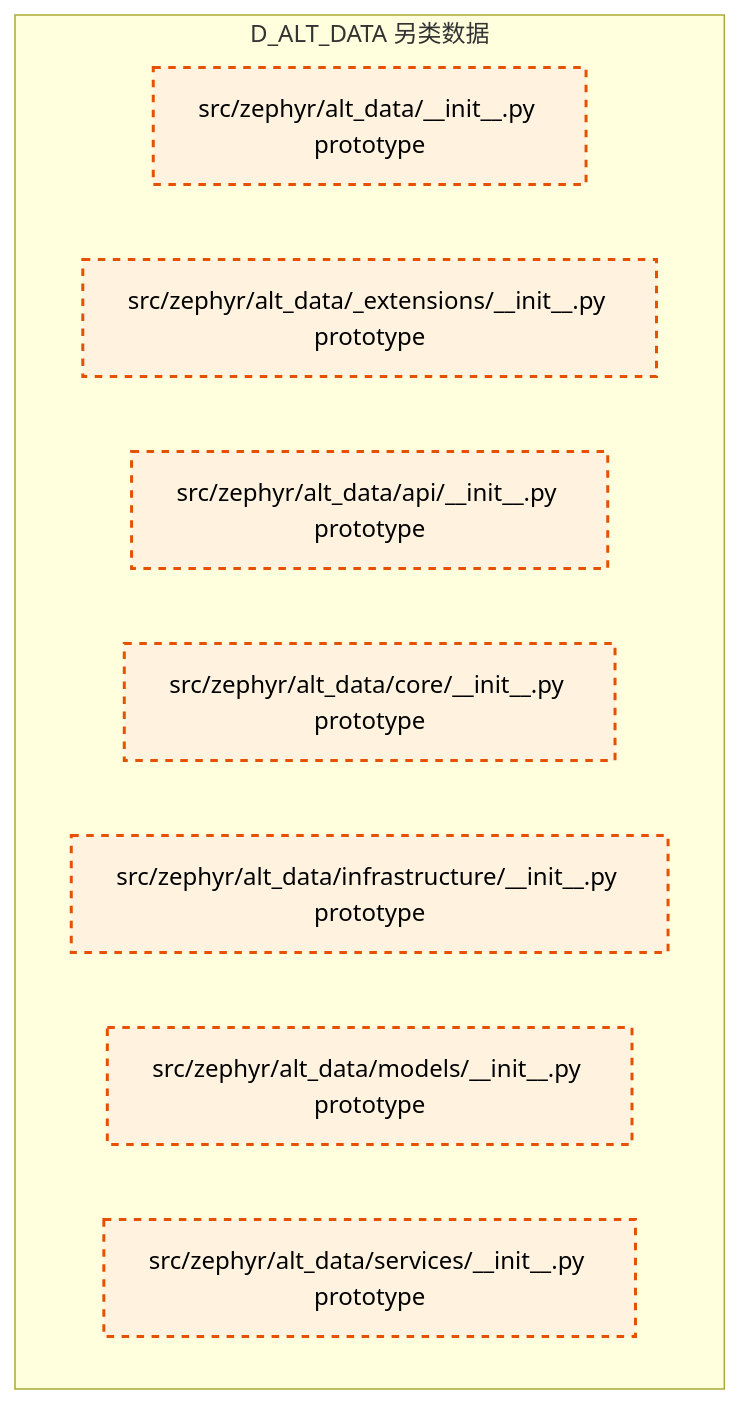
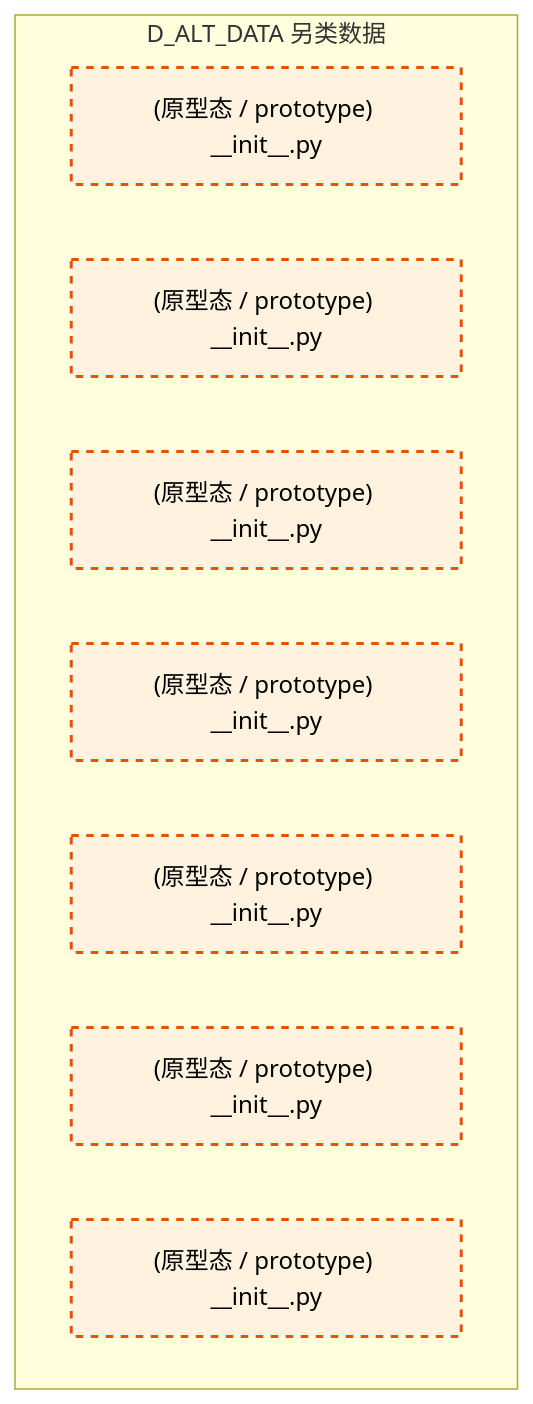
Before and after one commit to xuanFelixVan/ZephyrAlpha: the diagram in docs/02_enterprise_architecture/02_domain_architecture_docs/06_d_alt_data.md, drawn with Mermaid. The commit also changed other lines of this file and 100 other files, not shown here.

````diff
--- a/docs/02_enterprise_architecture/02_domain_architecture_docs/06_d_alt_data.md
+++ b/docs/02_enterprise_architecture/02_domain_architecture_docs/06_d_alt_data.md
@@ -47,17 +49,17 @@
 ```mermaid
 graph TD
     subgraph D_ALT_DATA["D_ALT_DATA 另类数据"]
-        src_zephyr_alt_data_init_py["src/zephyr/alt_data/__init__.py prototype"]
-        src_zephyr_alt_data_extensions_init_py["src/zephyr/alt_data/_extensions/__init__.py prototype"]
-        src_zephyr_alt_data_api_init_py["src/zephyr/alt_data/api/__init__.py prototype"]
-        src_zephyr_alt_data_core_init_py["src/zephyr/alt_data/core/__init__.py prototype"]
-        src_zephyr_alt_data_infrastructure_init_py["src/zephyr/alt_data/infrastructure/__init__.py prototype"]
-        src_zephyr_alt_data_models_init_py["src/zephyr/alt_data/models/__init__.py prototype"]
-        src_zephyr_alt_data_services_init_py["src/zephyr/alt_data/services/__init__.py prototype"]
+        src_zephyr_alt_data_init_py["(原型态 / prototype) __init__.py"]
+        src_zephyr_alt_data_extensions_init_py["(原型态 / prototype) __init__.py"]
+        src_zephyr_alt_data_api_init_py["(原型态 / prototype) __init__.py"]
+        src_zephyr_alt_data_core_init_py["(原型态 / prototype) __init__.py"]
+        src_zephyr_alt_data_infrastructure_init_py["(原型态 / prototype) __init__.py"]
+        src_zephyr_alt_data_models_init_py["(原型态 / prototype) __init__.py"]
+        src_zephyr_alt_data_services_init_py["(原型态 / prototype) __init__.py"]
     end
     classDef production fill:#e1f5fe,stroke:#01579b,stroke-width:2px,color:#000
     classDef design fill:#fff3e0,stroke:#e65100,stroke-width:2px,color:#000,stroke-dasharray: 5 5
     classDef external_prod fill:#e8f5e9,stroke:#1b5e20,stroke-width:1px,color:#000
     classDef external_design fill:#fce4ec,stroke:#880e4f,stroke-width:1px,color:#000,stroke-dasharray: 5 5
     class src_zephyr_alt_data_init_py,src_zephyr_alt_data_extensions_init_py,src_zephyr_alt_data_api_init_py,src_zephyr_alt_data_core_init_py,src_zephyr_alt_data_infrastructure_init_py,src_zephyr_alt_data_models_init_py,src_zephyr_alt_data_services_init_py design
 ```
````
